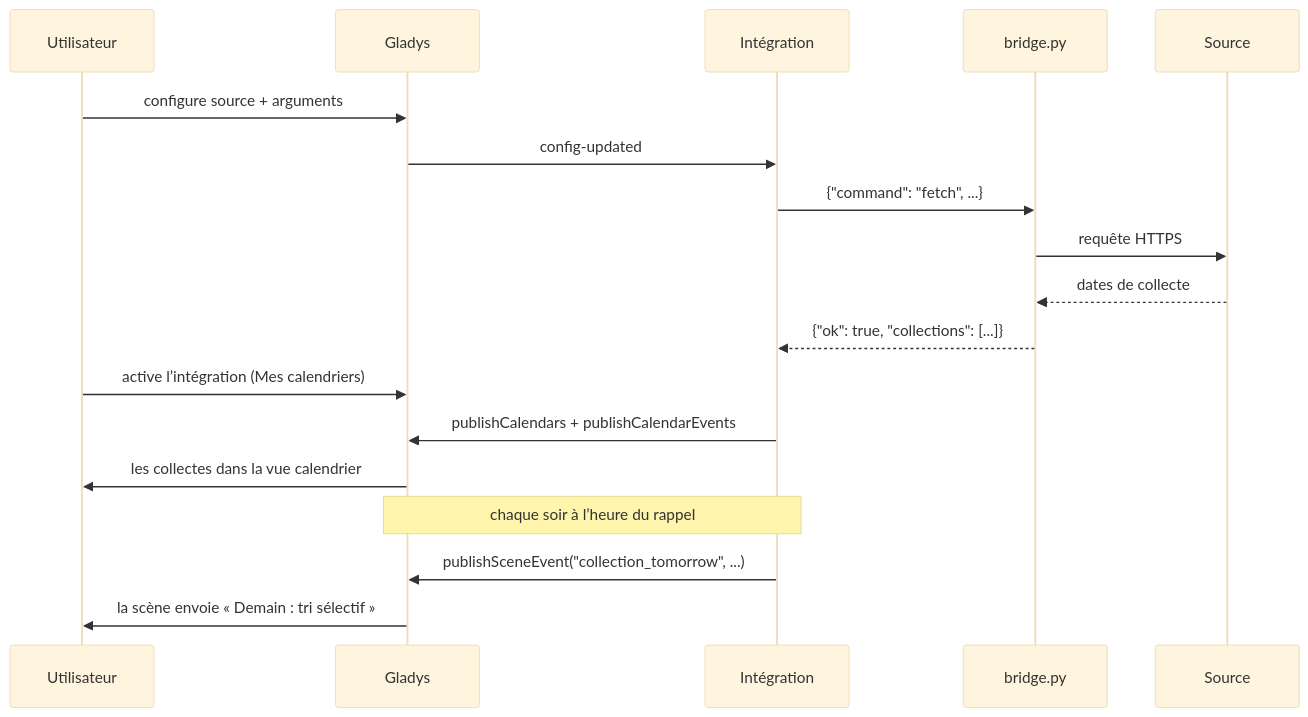
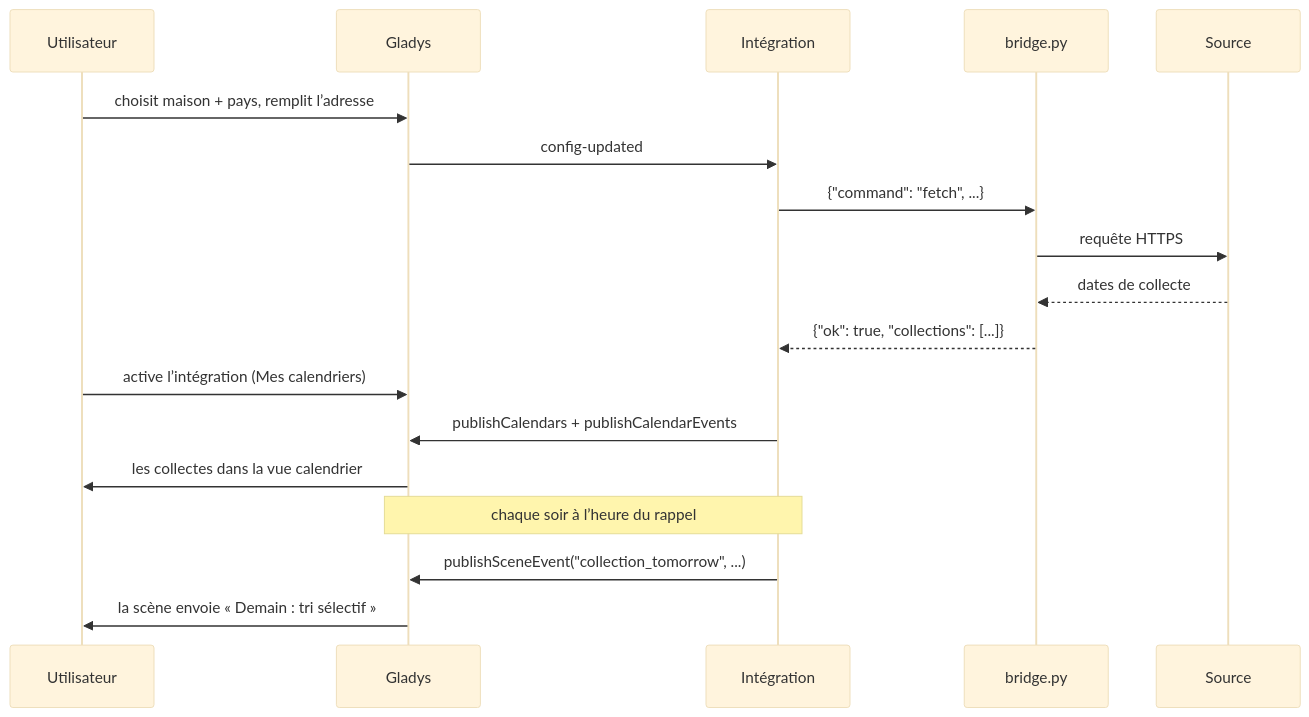
One commit to William-De71/gladys-waste-collection-schedule changed the second of 3 diagrams in README.fr.md. Above: the diagram before and after it, drawn with Mermaid (base theme). The commit also changed other lines of this file and 24 other files, not shown here.

````diff
--- a/README.fr.md
+++ b/README.fr.md
@@ -50,20 +50,20 @@
 ```mermaid
 sequenceDiagram
   participant U as Utilisateur
   participant G as Gladys
   participant I as Intégration
   participant P as bridge.py
   participant S as Source
-  U->>G: configure source + arguments
+  U->>G: choisit maison + pays, remplit l’adresse
   G->>I: config-updated
   I->>P: {"command": "fetch", ...}
   P->>S: requête HTTPS
   S-->>P: dates de collecte
   P-->>I: {"ok": true, "collections": [...]}
   U->>G: active l’intégration (Mes calendriers)
   I->>G: publishCalendars + publishCalendarEvents
   G->>U: les collectes dans la vue calendrier
   Note over I,G: chaque soir à l’heure du rappel
   I->>G: publishSceneEvent("collection_tomorrow", ...)
   G->>U: la scène envoie « Demain : tri sélectif »
 ```
````
